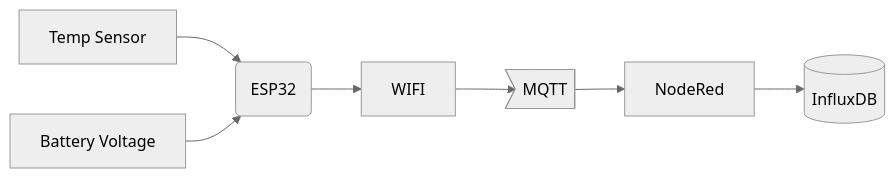
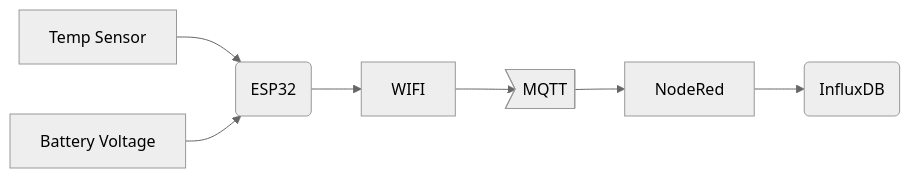
Before and after one commit to RoninRage/PondPVTemp: the diagram in README.md, drawn with Mermaid (neutral theme).

Commit message:
[doc] trying to figure out mermaid

````diff
--- a/README.md
+++ b/README.md
@@ -11,11 +11,11 @@
 ```mermaid
 
 graph LR
 A[Temp Sensor] -->B(ESP32)
 C[Battery Voltage] -->B
 B-->D[WIFI]
 D-->E>MQTT]
 E-->F[NodeRed]
-F-->G[(InfluxDB)]
+F-->G(InfluxDB)
 
 ```
````
